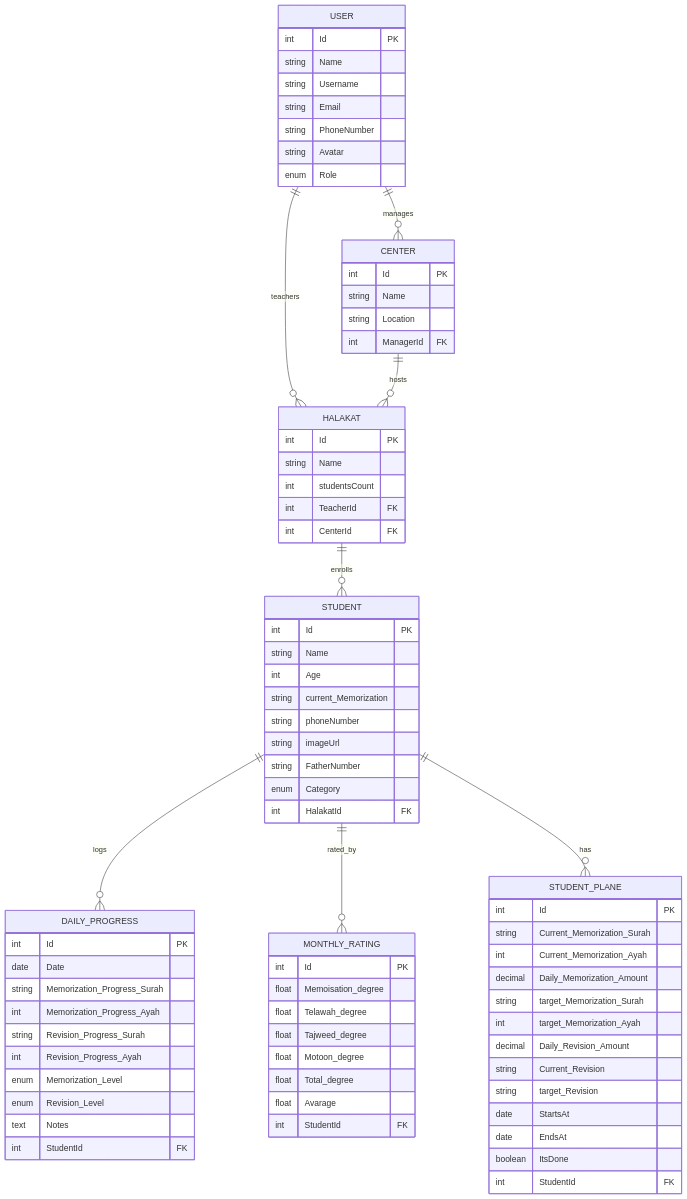
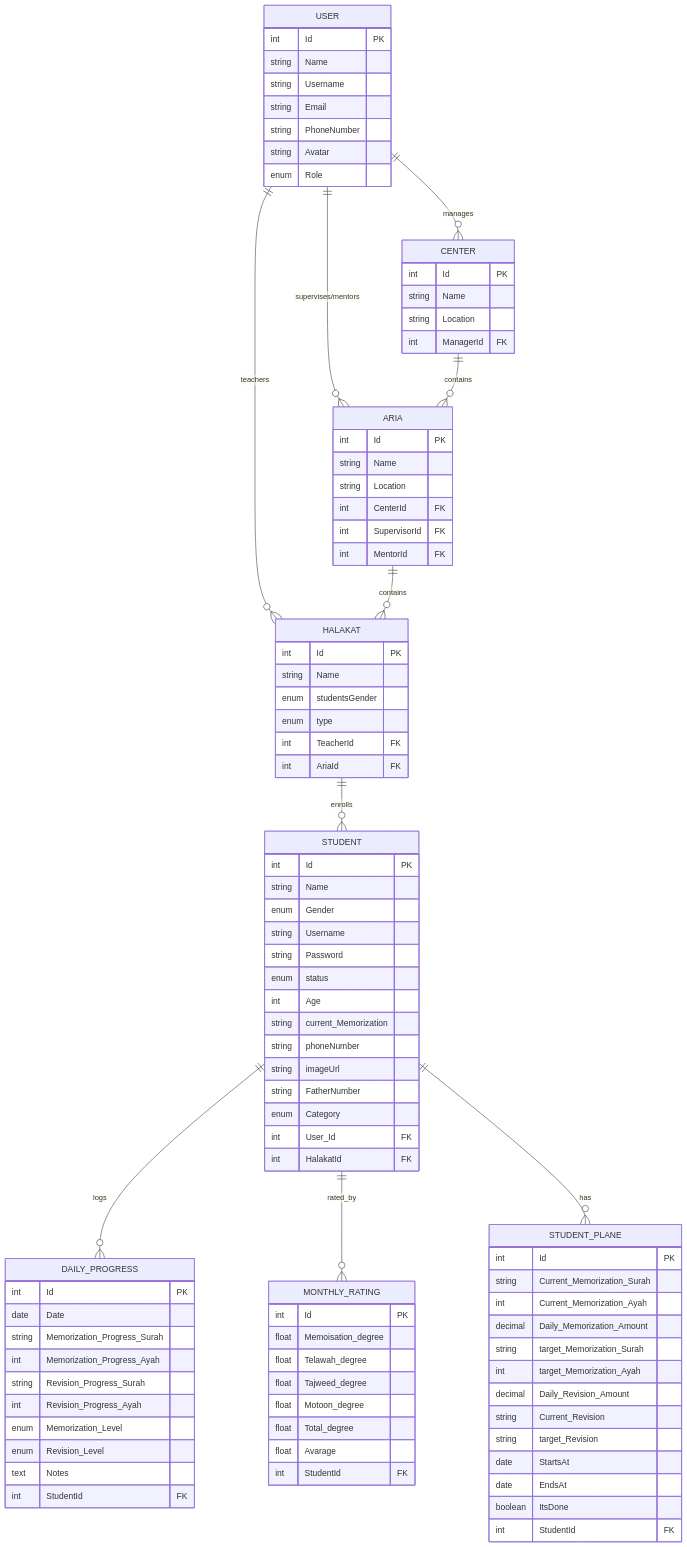
The third of 8 diagrams in .qoder/repowiki/en/content/Feature Modules/Teaching Group Management.md (Mreng78/khirocom_project), drawn with Mermaid before and after one commit. The commit also changed other lines of this file and 10 other files, not shown here.

```diff
--- a/.qoder/repowiki/en/content/Feature Modules/Teaching Group Management.md
+++ b/.qoder/repowiki/en/content/Feature Modules/Teaching Group Management.md
@@ -149,22 +189,36 @@
 string Location
 int ManagerId FK
 }
+ARIA {
+int Id PK
+string Name
+string Location
+int CenterId FK
+int SupervisorId FK
+int MentorId FK
+}
 HALAKAT {
 int Id PK
 string Name
-int studentsCount
+enum studentsGender
+enum type
 int TeacherId FK
-int CenterId FK
+int AriaId FK
 }
 STUDENT {
 int Id PK
 string Name
+enum Gender
+string Username
+string Password
+enum status
 int Age
 string current_Memorization
 string phoneNumber
 string imageUrl
 string FatherNumber
 enum Category
+int User_Id FK
 int HalakatId FK
 }
 DAILY_PROGRESS {
@@ -205,8 +259,10 @@
 int StudentId FK
 }
 USER ||--o{ CENTER : "manages"
+USER ||--o{ ARIA : "supervises/mentors"
 USER ||--o{ HALAKAT : "teachers"
-CENTER ||--o{ HALAKAT : "hosts"
+CENTER ||--o{ ARIA : "contains"
+ARIA ||--o{ HALAKAT : "contains"
 HALAKAT ||--o{ STUDENT : "enrolls"
 STUDENT ||--o{ DAILY_PROGRESS : "logs"
 STUDENT ||--o{ MONTHLY_RATING : "rated_by"
```
